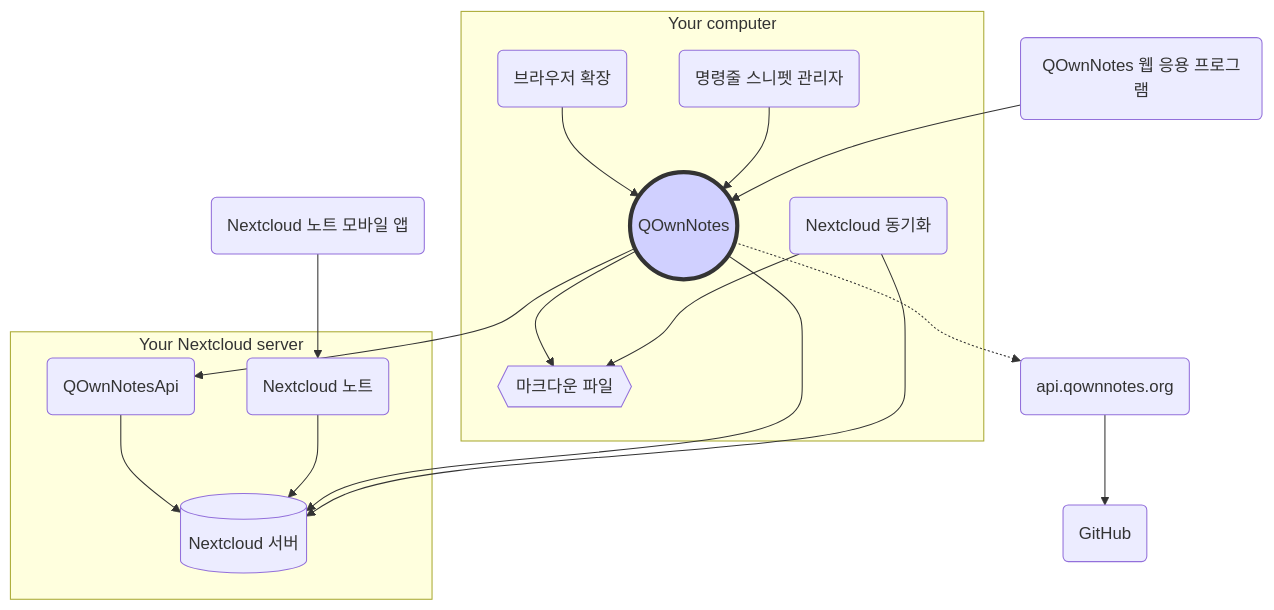
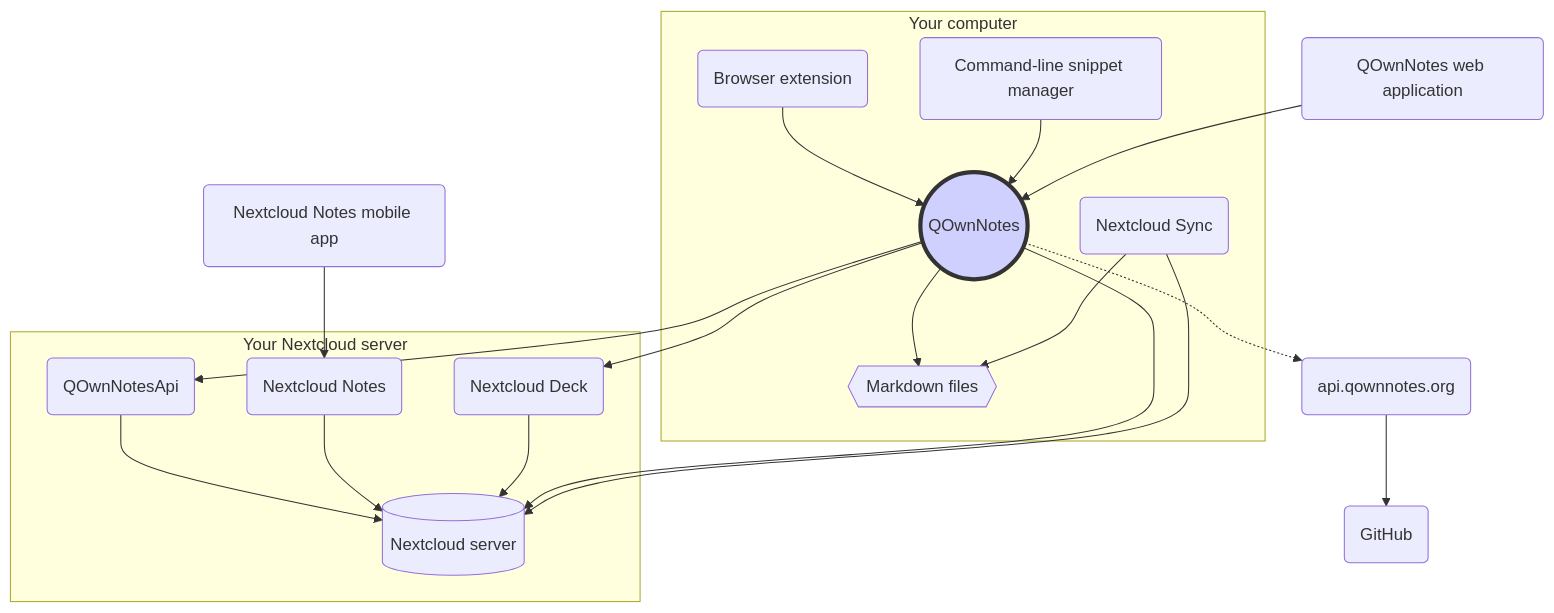
The diagram in webpage/src/ko/getting-started/concept.md (pbek/QOwnNotes), drawn with Mermaid before and after one commit. The commit also changed other lines of this file and 90 other files, not shown here.

````diff
--- a/webpage/src/ko/getting-started/concept.md
+++ b/webpage/src/ko/getting-started/concept.md
@@ -3,34 +3,37 @@
 ```mermaid
 graph TB
     subgraph Your computer
-        qon((QOwnNotes))-->md{{"마크다운 파일"}}
-        sync("Nextcloud 동기화")-->md
-        qon-comp("브라우저 확장")-->qon
-        qc("명령줄 스니펫 관리자")-->qon
+        qon((QOwnNotes))-->md{{"Markdown files"}}
+        sync("Nextcloud Sync")-->md
+        qon-comp("Browser extension")-->qon
+        qc("Command-line snippet manager")-->qon
     end
     subgraph Your Nextcloud server
-        qon-api("QOwnNotesApi")-->ncs[("Nextcloud 서버")]
-        nc-notes-app("Nextcloud 노트")-->ncs
+        qon-api("QOwnNotesApi")-->ncs[("Nextcloud server")]
+        nc-notes-app("Nextcloud Notes")-->ncs
+        nc-deck-app("Nextcloud Deck")-->ncs
     end
 
-    nc-notes-mob("Nextcloud 노트 모바일 앱")-->nc-notes-app
-    qon-web-app("QOwnNotes 웹 응용 프로그램")-->qon
+    nc-notes-mob("Nextcloud Notes mobile app")-->nc-notes-app
+    qon-web-app("QOwnNotes web application")-->qon
     qon-->qon-api
     qon-->ncs
+    qon-->nc-deck-app
     sync-->ncs
     qon-.->qon-web-api("api.qownnotes.org")
     qon-web-api-->github("GitHub")
 
     style qon fill:#d0d0ff,stroke:#333,stroke-width:4px
-    click qon "/getting-started/concept.html#qownnotes" "데스크톱 컴퓨터에서 노트를 관리하기 위한 QOwnNotes 데스크톱 응용 프로그램"
-    click md "/getting-started/concept.html#markdown-note-files" "노트 폴더의 마크다운, 미디어 및 첨부 파일"
-    click qon-comp "/getting-started/concept.html#qownnotes-browser-extension" "마크다운 파일 및 웹 클리퍼로 책갈피를 관리하기 위한 QOwnNotes 브라우저 확장명"
-    click qc "/getting-started/concept.html#qownnotes-command-line-snippet-manager" "QOwnNotes 명령줄 스니펫 관리자"
-    click sync "/getting-started/concept.html#nextcloud-desktop-sync-client" "노트를 서버와 동기화하는 Nextcloud 데스크톱 동기화 클라이언트"
+    click qon "/getting-started/concept.html#qownnotes" "QOwnNotes Desktop Application for managing your notes on your desktop computer"
+    click md "/getting-started/concept.html#markdown-note-files" "Markdown, media and attachment files in your note folder"
+    click qon-comp "/getting-started/concept.html#qownnotes-browser-extension" "QOwnNotes browser extension for managing bookmarks in markdown files and as web clipper"
+    click qc "/getting-started/concept.html#qownnotes-command-line-snippet-manager" "QOwnNotes command-line snippet manager"
+    click sync "/getting-started/concept.html#nextcloud-desktop-sync-client" "Nextcloud desktop sync client to sync your notes to your server"
     click ncs "/getting-started/concept.html#nextcloud-server" "Nextcloud server to host your notes and other files"
-    click qon-api "/getting-started/concept.html#qownnotesapi-nextcloud-app" "서버 측 휴지통 및 노트 버전에 액세스하는 QOwnNotesAPI Nextcloud 앱"
-    click nc-notes-app "/getting-started/concept.html#nextcloud-notes-server-app" "웹에서 노트를 관리하는 Nextcloud 노트 서버 앱"
-    click nc-notes-mob "/getting-started/concept.html#nextcloud-notes-mobile-app" "휴대 전화에서 노트를 관리하는 Nextcloud 노트 모바일 앱"
-    click qon-web-app "/getting-started/concept.html#qownnotes-web-app" "휴대폰에서 사진을 보내는 QOwnNotes 웹 앱"
+    click qon-api "/getting-started/concept.html#qownnotesapi-nextcloud-app" "QOwnNotesAPI Nextcloud app to access your server-side trash and note versions"
+    click nc-notes-app "/getting-started/concept.html#nextcloud-notes-server-app" "Nextcloud Notes server app to manage your notes in the web"
+    click nc-notes-mob "/getting-started/concept.html#nextcloud-notes-mobile-app" "Nextcloud Notes mobile app to manage your notes on your mobile phone"
+    click nc-deck-app "/getting-started/concept.html#nextcloud-deck-server-app" "Nextcloud Deck server app to manage reminders and todo lists in the web"
+    click qon-web-app "/getting-started/concept.html#qownnotes-web-app" "QOwnNotes Web App to send photos from your mobile phone"
     click qon-web-api "/getting-started/concept.html#api-qownnotes-org"
 ```
````
